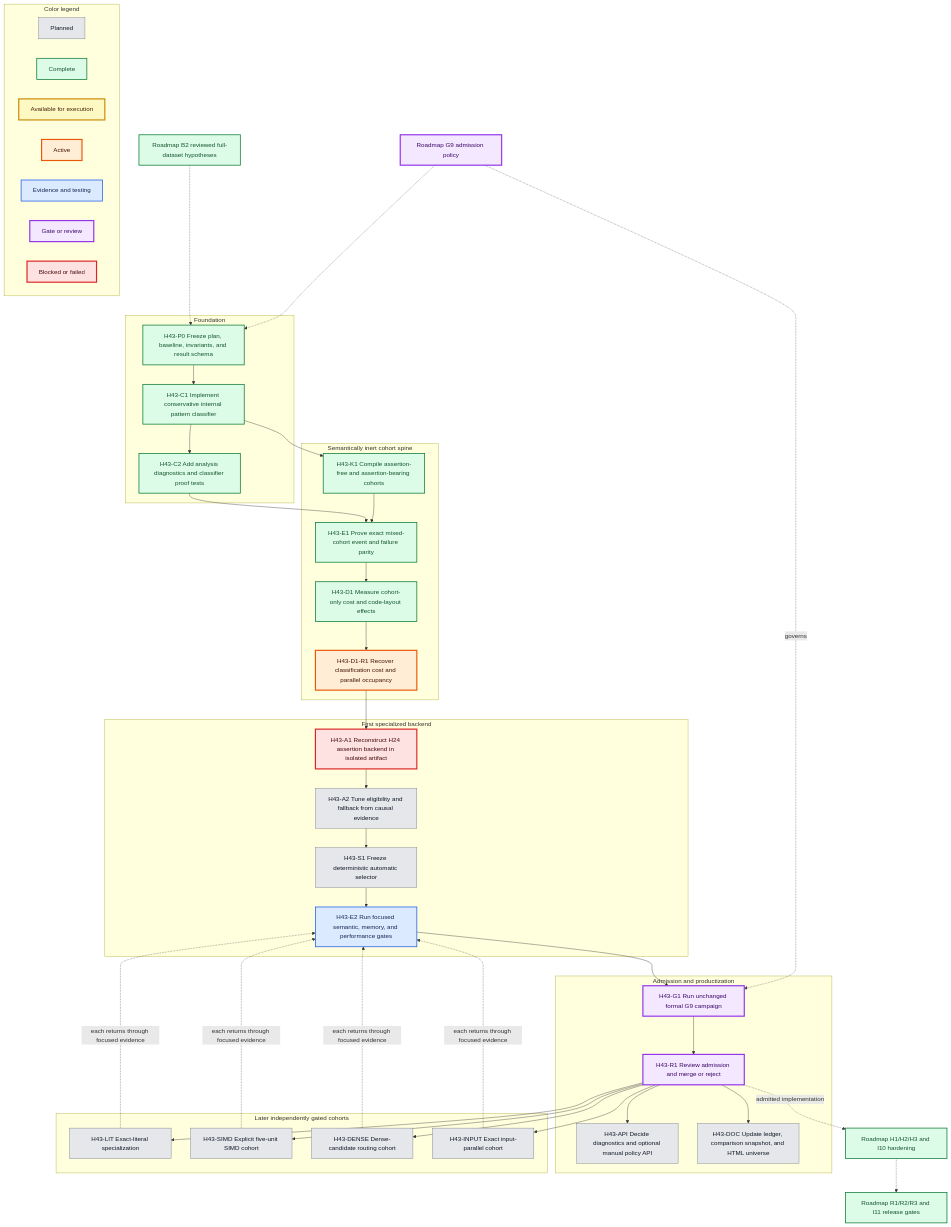
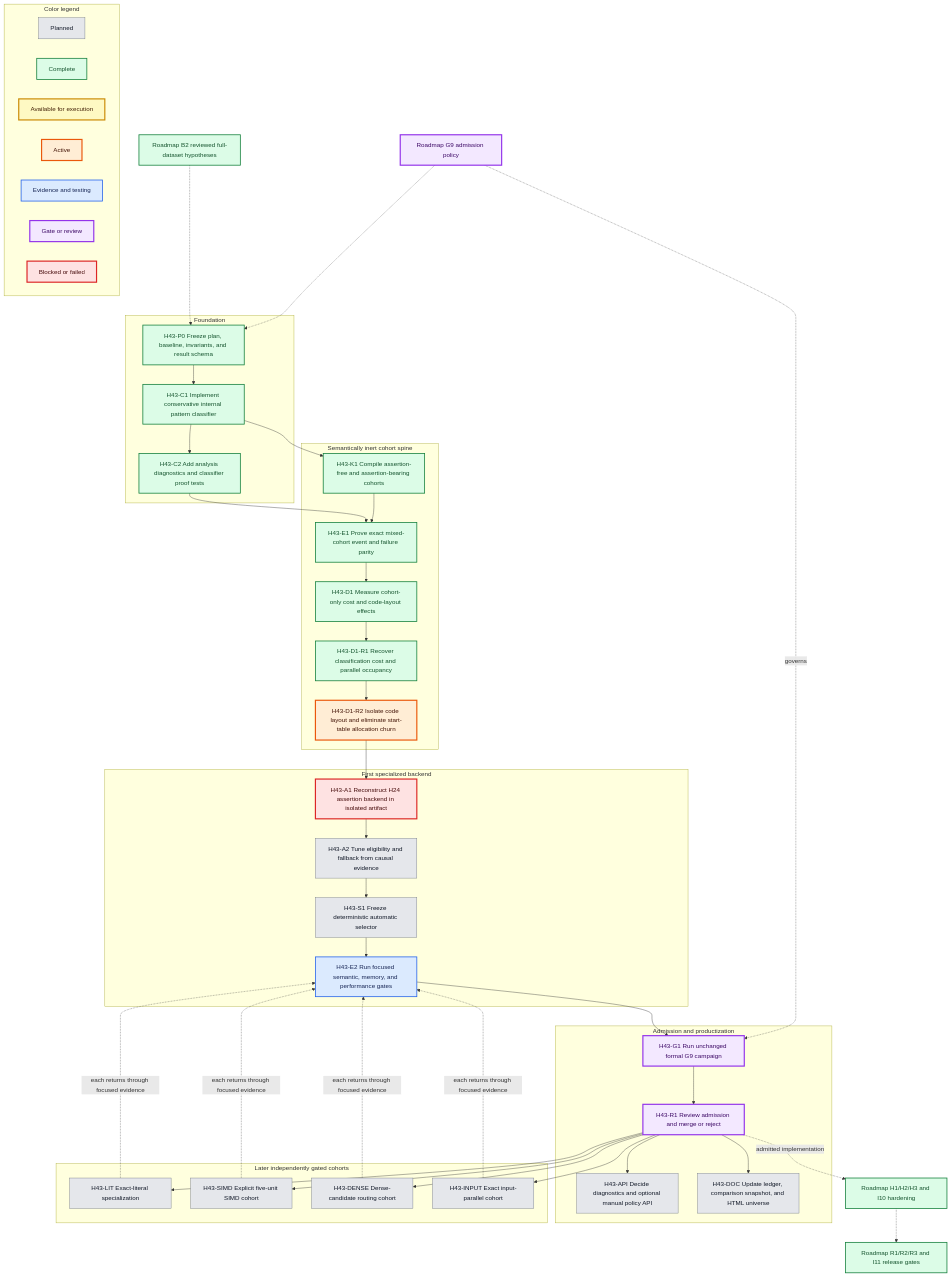
The first of 3 diagrams in docs/experiments/b2-h-0043-cohort-aware-matcher-plan.md (la3lma/rustmatch), drawn with Mermaid before and after one commit. The commit also changed other lines of this file and 11 other files, not shown here.

```diff
--- a/docs/experiments/b2-h-0043-cohort-aware-matcher-plan.md
+++ b/docs/experiments/b2-h-0043-cohort-aware-matcher-plan.md
@@ -110,6 +110,7 @@
         E1["H43-E1 Prove exact mixed-cohort event and failure parity"]
         D1["H43-D1 Measure cohort-only cost and code-layout effects"]
         D1R["H43-D1-R1 Recover classification cost and parallel occupancy"]
+        D1R2["H43-D1-R2 Isolate code layout and eliminate start-table allocation churn"]
     end
 
     subgraph ASSERTION[First specialized backend]
@@ -147,7 +148,8 @@
     K1 --> E1
     E1 --> D1
     D1 --> D1R
-    D1R --> A1
+    D1R --> D1R2
+    D1R2 --> A1
     A1 --> A2
     A2 --> S1
     S1 --> E2
@@ -189,7 +191,8 @@
     class K1 complete;
     class E1 complete;
     class D1 complete;
-    class D1R active;
+    class D1R complete;
+    class D1R2 active;
     class A1 blocked;
     class A2,S1,API,DOC,LIT,SIMD,DENSE,INPUT planned;
     class E2 evidence;
```
